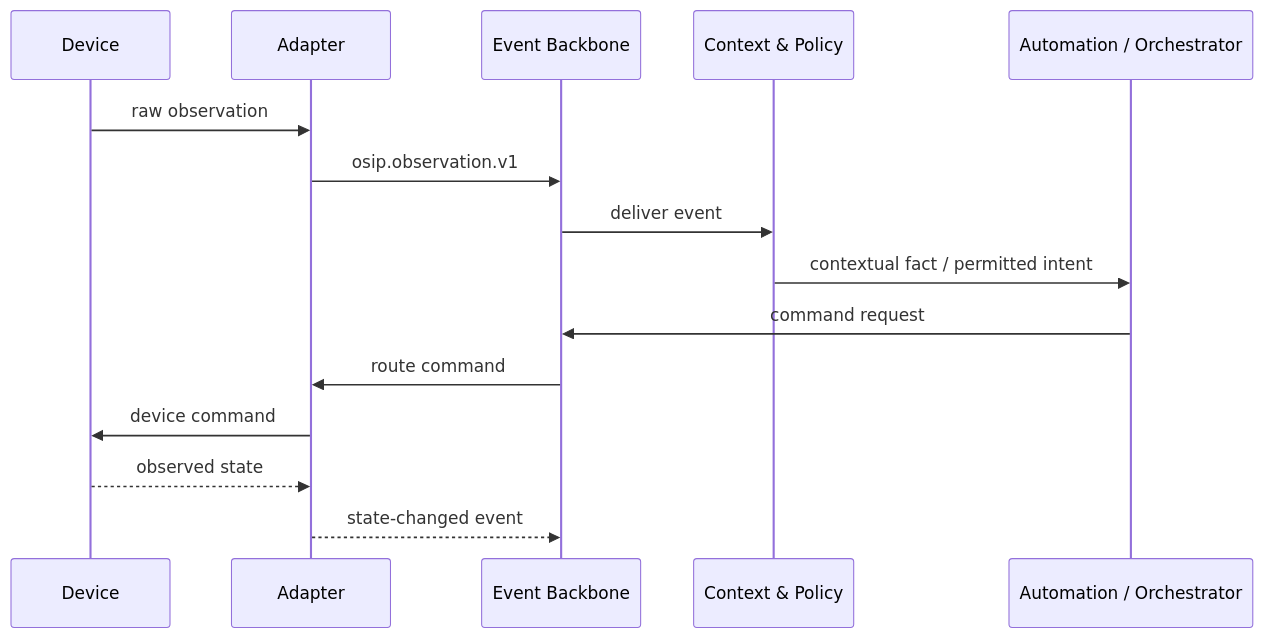
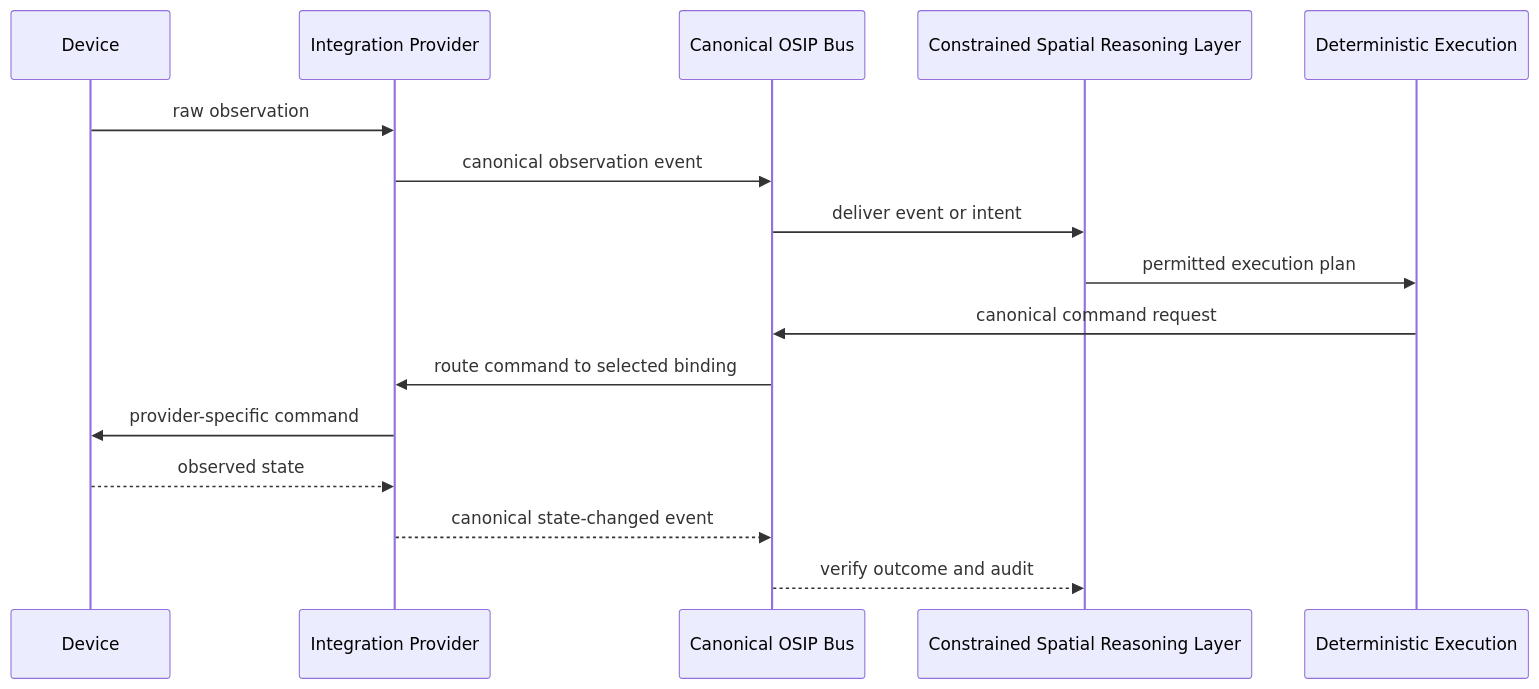
One commit to 3hllc/osip-docs changed the diagram in docs/en/architecture/architecture-overview.md. Above: the diagram before and after it, drawn with Mermaid. The commit also changed other lines of this file and 91 other files, not shown here.

Commit message:
Define OSIP reasoning and deployment architecture

````diff
--- a/docs/en/architecture/architecture-overview.md
+++ b/docs/en/architecture/architecture-overview.md
@@ -35,17 +35,18 @@
 ```mermaid
 sequenceDiagram
   participant D as Device
-  participant A as Adapter
-  participant B as Event Backbone
-  participant C as Context & Policy
-  participant O as Automation / Orchestrator
-  D->>A: raw observation
-  A->>B: osip.observation.v1
-  B->>C: deliver event
-  C->>O: contextual fact / permitted intent
-  O->>B: command request
-  B->>A: route command
-  A->>D: device command
-  D-->>A: observed state
-  A-->>B: state-changed event
+  participant P as Integration Provider
+  participant B as Canonical OSIP Bus
+  participant R as Constrained Spatial Reasoning Layer
+  participant X as Deterministic Execution
+  D->>P: raw observation
+  P->>B: canonical observation event
+  B->>R: deliver event or intent
+  R->>X: permitted execution plan
+  X->>B: canonical command request
+  B->>P: route command to selected binding
+  P->>D: provider-specific command
+  D-->>P: observed state
+  P-->>B: canonical state-changed event
+  B-->>R: verify outcome and audit
 ```
````
